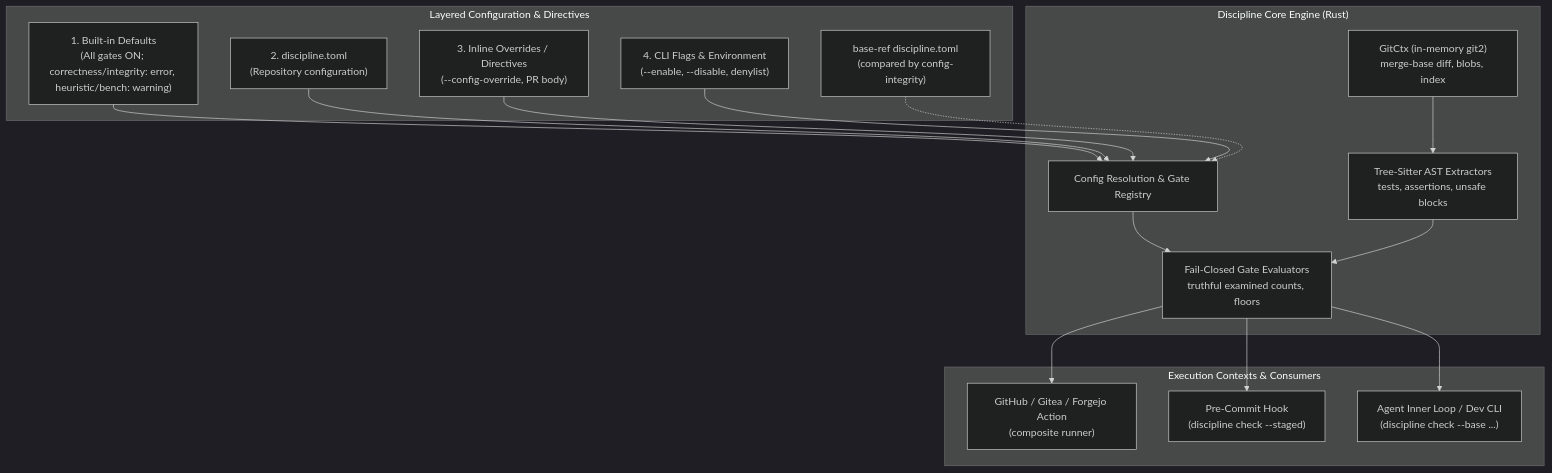
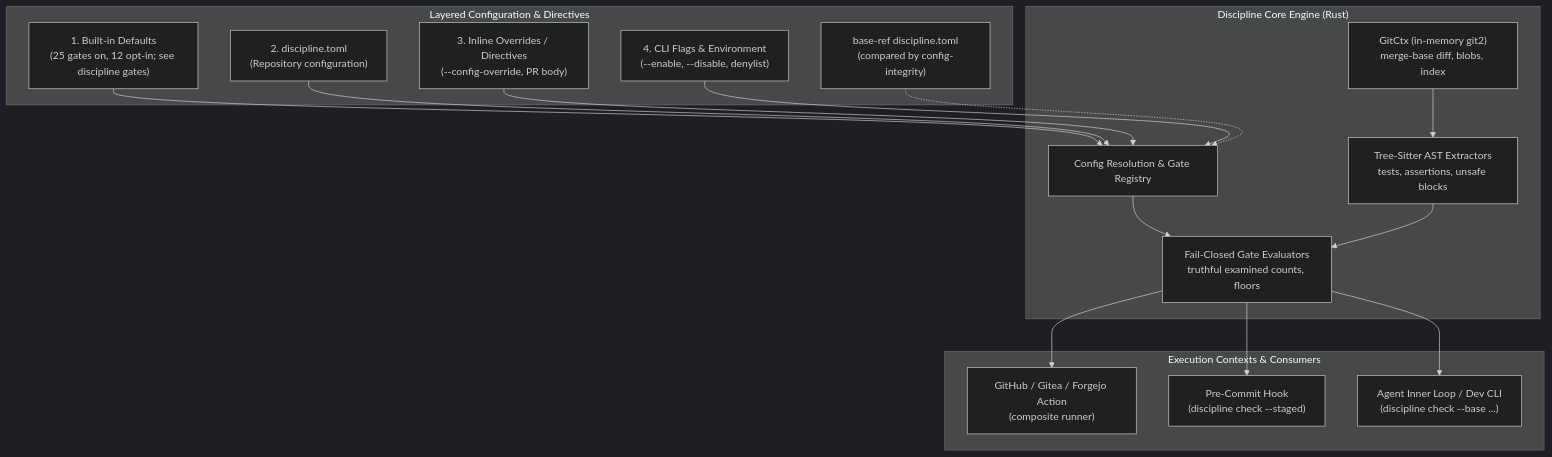
The first of 4 diagrams in docs/ARCHITECTURE.md (actions-marketplace-validations/orieg_discipline), drawn with Mermaid (dark theme) before and after one commit. The commit also changed other lines of this file and 18 other files, not shown here.

First line of the commit message:
docs: align gate, configuration and architecture docs with the code (#199)

````diff
--- a/docs/ARCHITECTURE.md
+++ b/docs/ARCHITECTURE.md
@@ -40,37 +40,37 @@
 ```mermaid
 flowchart TD
     subgraph CFG_LAYER["Layered Configuration & Directives"]
-        D["1. Built-in Defaults<br/>(All gates ON; correctness/integrity: error, heuristic/bench: warning)"]
+        D["1. Built-in Defaults<br/>(25 gates on, 12 opt-in; see discipline gates)"]
         F["2. discipline.toml<br/>(Repository configuration)"]
         O["3. Inline Overrides / Directives<br/>(--config-override, PR body)"]
         CLI["4. CLI Flags & Environment<br/>(--enable, --disable, denylist)"]
         BASE_CFG["base-ref discipline.toml<br/>(compared by config-integrity)"]
     end
 
     subgraph ENGINE["Discipline Core Engine (Rust)"]
         RESOLVE["Config Resolution & Gate Registry"]
         GIT["GitCtx (in-memory git2)<br/>merge-base diff, blobs, index"]
         AST["Tree-Sitter AST Extractors<br/>tests, assertions, unsafe blocks"]
         EVAL["Fail-Closed Gate Evaluators<br/>truthful examined counts, floors"]
     end
 
     subgraph CONSUMERS["Execution Contexts & Consumers"]
         ACTION["GitHub / Gitea / Forgejo Action<br/>(composite runner)"]
         HOOK["Pre-Commit Hook<br/>(discipline check --staged)"]
         DEV["Agent Inner Loop / Dev CLI<br/>(discipline check --base ...)"]
     end
 
     D --> RESOLVE
     F --> RESOLVE
     O --> RESOLVE
     CLI --> RESOLVE
     BASE_CFG -.-> RESOLVE
 
     RESOLVE --> EVAL
     GIT --> AST
     AST --> EVAL
 
     EVAL --> ACTION
     EVAL --> HOOK
     EVAL --> DEV
 ```
````
